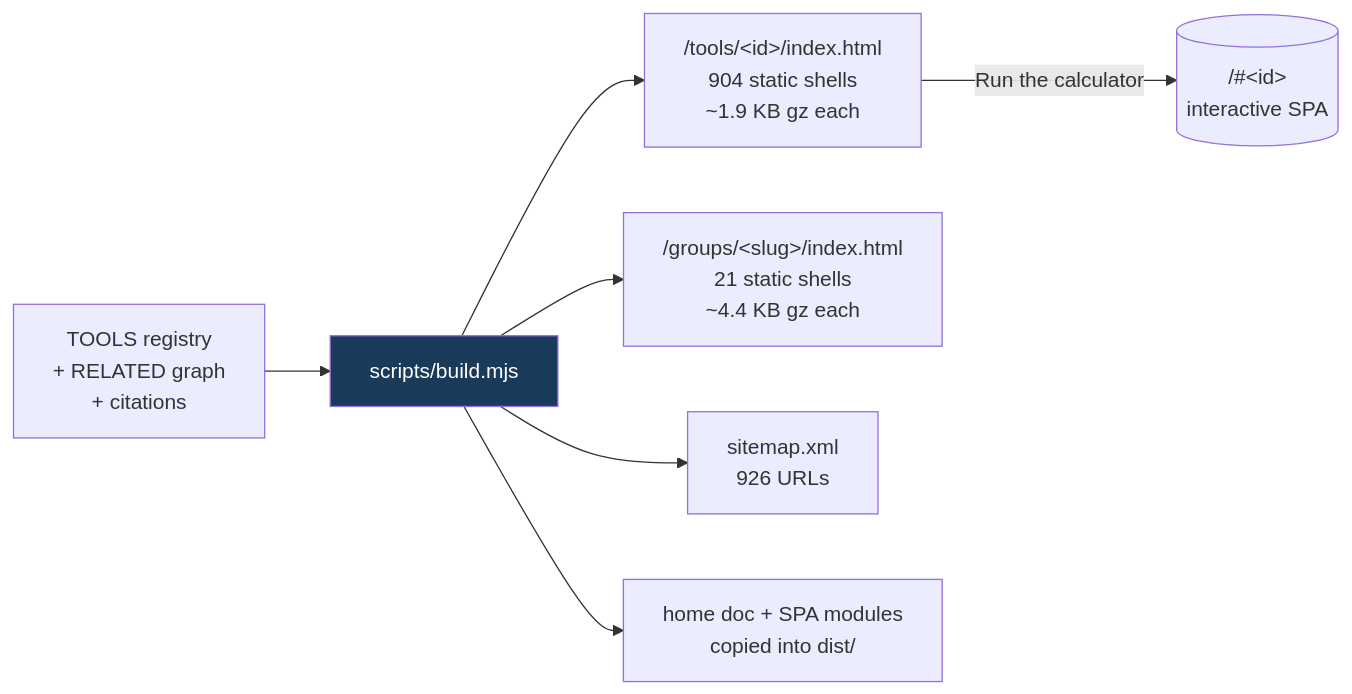
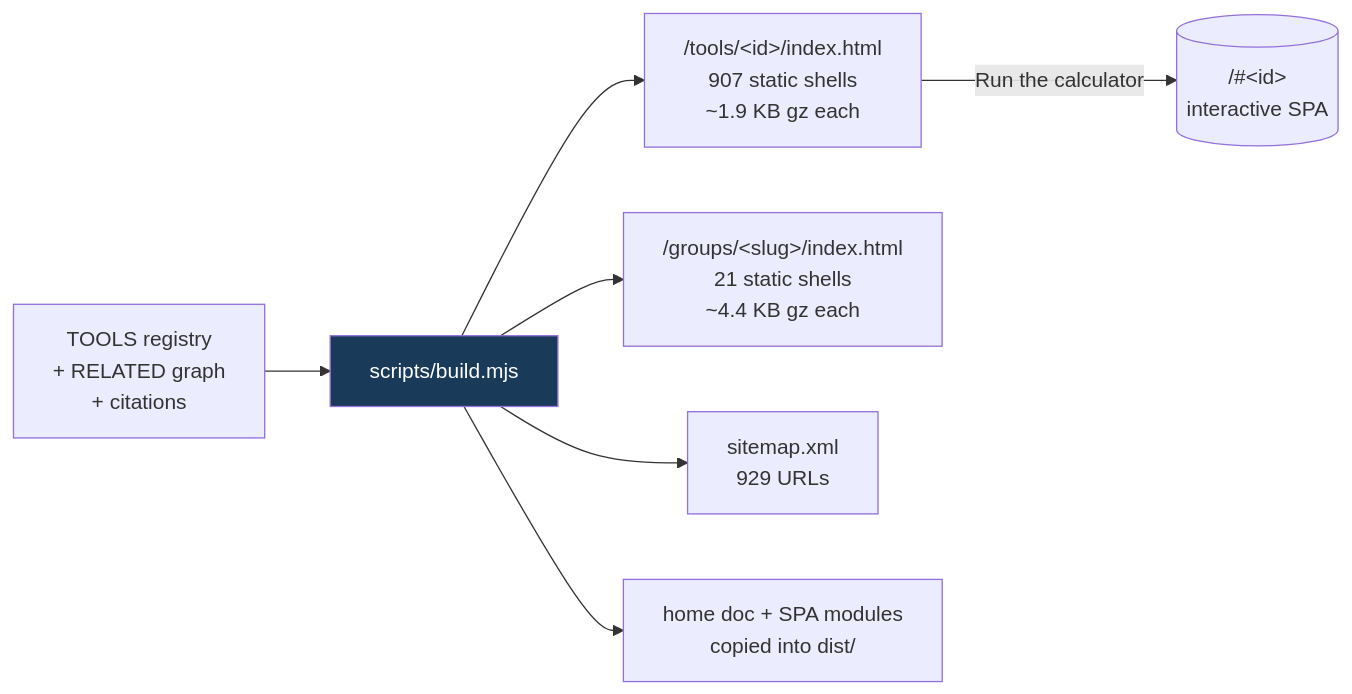
One commit to clay-good/roughlogic.com changed the fifth of 8 diagrams in README.md. Above: the diagram before and after it, drawn with Mermaid. The commit also changed other lines of this file and 19 other files, not shown here.

````diff
--- a/README.md
+++ b/README.md
@@ -495,10 +495,10 @@
 ```mermaid
 flowchart LR
     SRC[TOOLS registry\n+ RELATED graph\n+ citations] --> BUILD[scripts/build.mjs]
-    BUILD --> TILE["/tools/&lt;id&gt;/index.html\n904 static shells\n~1.9 KB gz each"]
+    BUILD --> TILE["/tools/&lt;id&gt;/index.html\n907 static shells\n~1.9 KB gz each"]
     BUILD --> GROUP["/groups/&lt;slug&gt;/index.html\n21 static shells\n~4.4 KB gz each"]
-    BUILD --> MAP["sitemap.xml\n926 URLs"]
+    BUILD --> MAP["sitemap.xml\n929 URLs"]
     BUILD --> COPY[home doc + SPA modules\ncopied into dist/]
     TILE -->|Run the calculator| SPA[("/#&lt;id&gt;\ninteractive SPA")]
     style BUILD fill:#1a3a5a,color:#fff
 ```
````
